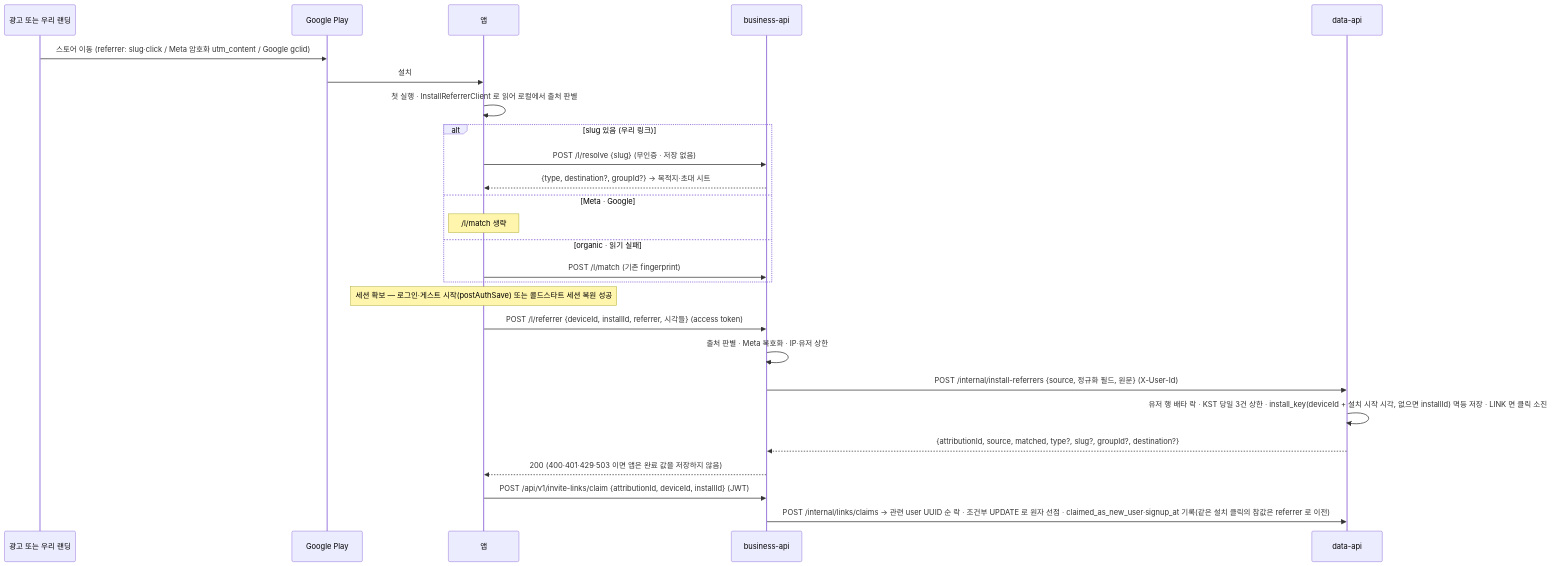
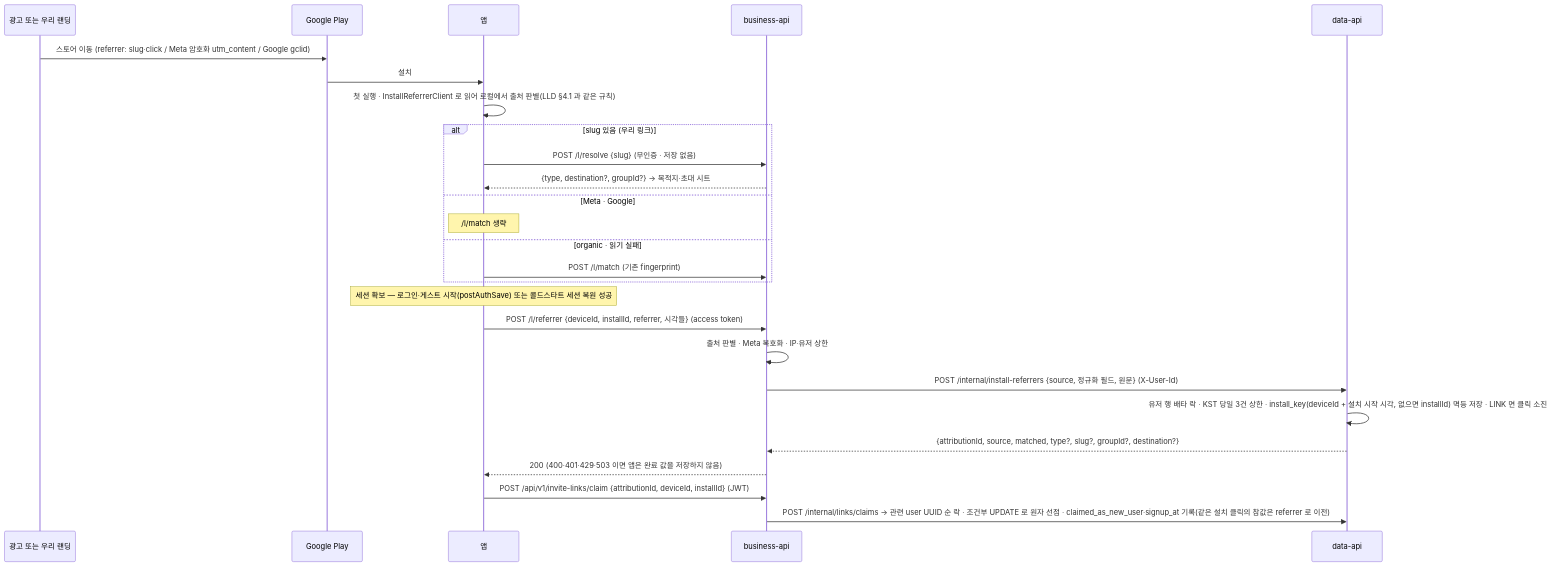
Before and after one commit to OneOrThree/phone: the third of 4 diagrams in docs/prd/link-attribution/high-level-design.md, drawn with Mermaid. The commit also changed other lines of this file and 4 other files, not shown here.

````diff
--- a/docs/prd/link-attribution/high-level-design.md
+++ b/docs/prd/link-attribution/high-level-design.md
@@ -90,28 +90,28 @@
 ```mermaid
 sequenceDiagram
   participant Src as 광고 또는 우리 랜딩
   participant P as Google Play
   participant A as 앱
   participant B as business-api
   participant D as data-api
   Src->>P: 스토어 이동 (referrer: slug·click / Meta 암호화 utm_content / Google gclid)
   P->>A: 설치
-  A->>A: 첫 실행 · InstallReferrerClient 로 읽어 로컬에서 출처 판별
+  A->>A: 첫 실행 · InstallReferrerClient 로 읽어 로컬에서 출처 판별(LLD §4.1 과 같은 규칙)
   alt slug 있음 (우리 링크)
     A->>B: POST /l/resolve {slug} (무인증 · 저장 없음)
     B-->>A: {type, destination?, groupId?} → 목적지·초대 시트
   else Meta · Google
     Note over A: /l/match 생략
   else organic · 읽기 실패
     A->>B: POST /l/match (기존 fingerprint)
   end
   Note over A: 세션 확보 — 로그인·게스트 시작(postAuthSave) 또는 콜드스타트 세션 복원 성공
   A->>B: POST /l/referrer {deviceId, installId, referrer, 시각들} (access token)
   B->>B: 출처 판별 · Meta 복호화 · IP·유저 상한
   B->>D: POST /internal/install-referrers {source, 정규화 필드, 원문} (X-User-Id)
   D->>D: 유저 행 배타 락 · KST 당일 3건 상한 · install_key(deviceId + 설치 시작 시각, 없으면 installId) 멱등 저장 · LINK 면 클릭 소진
   D-->>B: {attributionId, source, matched, type?, slug?, groupId?, destination?}
   B-->>A: 200 (400·401·429·503 이면 앱은 완료 값을 저장하지 않음)
   A->>B: POST /api/v1/invite-links/claim {attributionId, deviceId, installId} (JWT)
   B->>D: POST /internal/links/claims → 관련 user UUID 순 락 · 조건부 UPDATE 로 원자 선점 · claimed_as_new_user·signup_at 기록(같은 설치 클릭의 참값은 referrer 로 이전)
 ```
````
